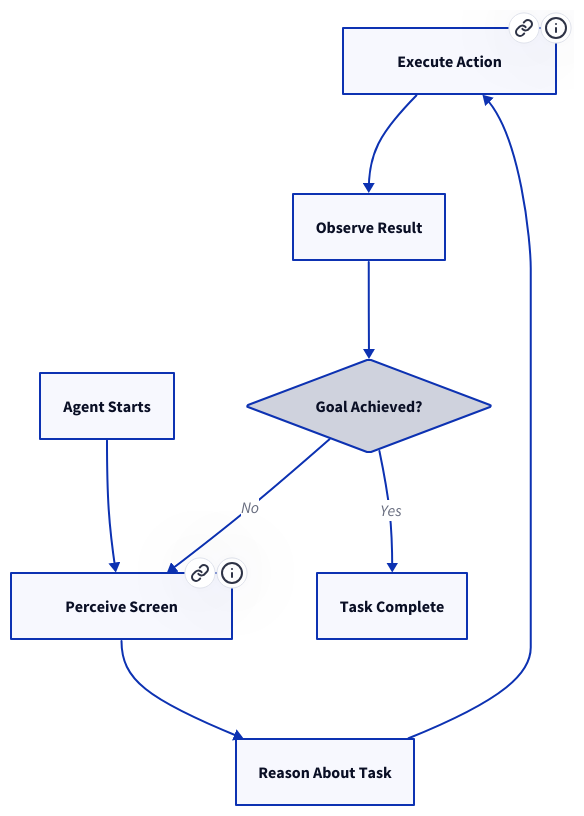
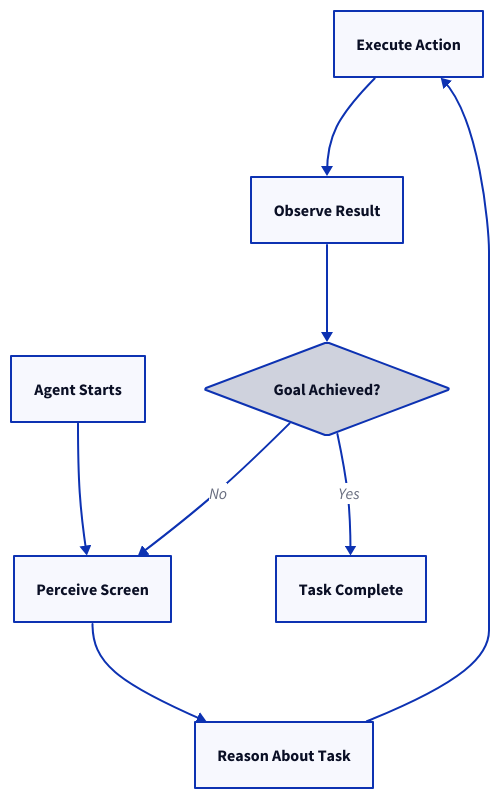
The second of 3 diagrams in src/content/docs/pro/integrations/computer-ai-agents/local-computer-use-agents.mdx (tallyfy/documentation), drawn with D2 before and after one commit. The commit also changed other lines of this file and 35 other files, not shown here.

First line of the commit message:
Remove .link and .tooltip properties from D2 diagrams

````diff
--- a/src/content/docs/pro/integrations/computer-ai-agents/local-computer-use-agents.mdx
+++ b/src/content/docs/pro/integrations/computer-ai-agents/local-computer-use-agents.mdx
@@ -99,25 +99,21 @@
 ```d2
 Act: "Act"
 Observe: "Observe"
 Perceive: "Perceive"
 Reason: "Reason"
 Start: "Start"
 Start: "Agent Starts"
 Perceive: "Perceive Screen"
 Reason: "Reason About Task"
 Act: "Execute Action"
 Observe: "Observe Result"
 Check: "Goal Achieved?" {shape: diamond}
 End: "Task Complete"
 Start -> Perceive
 Perceive -> Reason
 Reason -> Act
 Act -> Observe
 Observe -> Check
 Check -> Perceive: "No"
 Check -> End: "Yes"
-Perceive.link: "/products/pro/integrations/computer-ai-agents/index/"
-Perceive.tooltip: "Learn about computer AI agents"
-Act.link: "/products/pro/integrations/computer-ai-agents/index/"
-Act.tooltip: "Computer AI agents overview"
 ```
````
